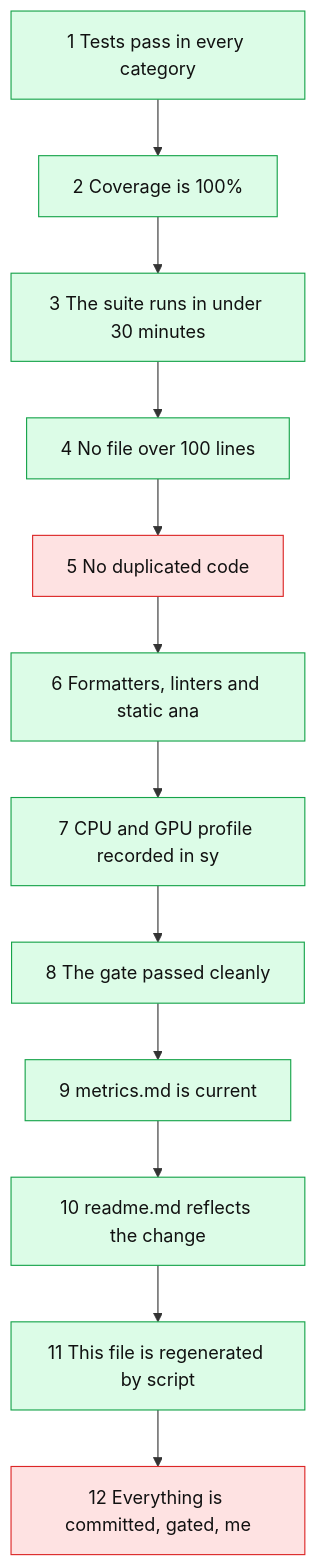
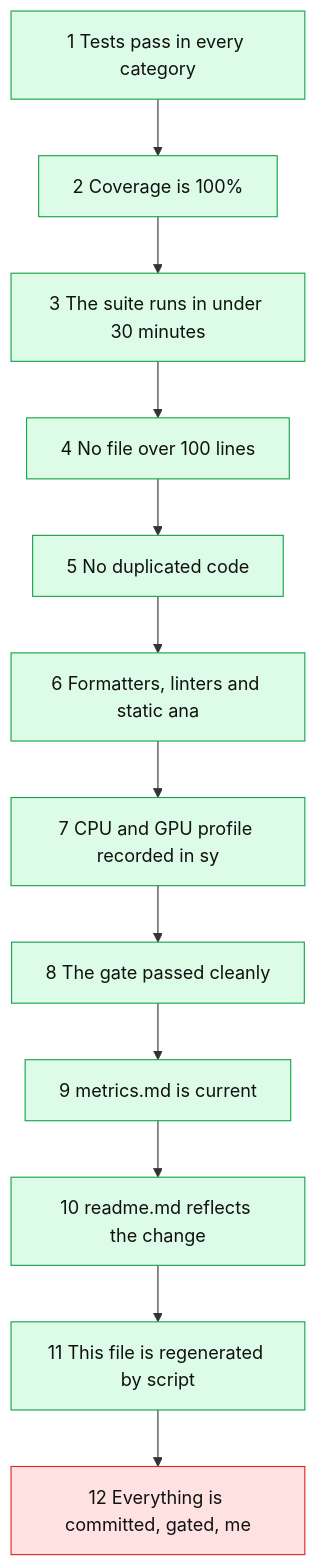
One commit to thomascherickal/ferrum-gpu changed the first of 2 diagrams in next-steps.md. Above: the diagram before and after it, drawn with Mermaid. The commit also changed other lines of this file and 153 other files, not shown here.

First line of the commit message:
refactor: no duplicated code (167 runs to 0)

````diff
--- a/next-steps.md
+++ b/next-steps.md
@@ -22,28 +22,28 @@
 ```mermaid
 flowchart TD
     s0["1 Tests pass in every category"]:::met
     s1["2 Coverage is 100%"]:::met
     s2["3 The suite runs in under 30 minutes"]:::met
     s3["4 No file over 100 lines"]:::met
-    s4["5 No duplicated code"]:::open
+    s4["5 No duplicated code"]:::met
     s5["6 Formatters, linters and static ana"]:::met
     s6["7 CPU and GPU profile recorded in sy"]:::met
     s7["8 The gate passed cleanly"]:::met
     s8["9 metrics.md is current"]:::met
     s9["10 readme.md reflects the change"]:::met
     s10["11 This file is regenerated by script"]:::met
     s11["12 Everything is committed, gated, me"]:::open
     s0 --> s1
     s1 --> s2
     s2 --> s3
     s3 --> s4
     s4 --> s5
     s5 --> s6
     s6 --> s7
     s7 --> s8
     s8 --> s9
     s9 --> s10
     s10 --> s11
     classDef met fill:#dcfce7,stroke:#16a34a,color:#111
     classDef open fill:#fee2e2,stroke:#dc2626,color:#111
 ```
````
